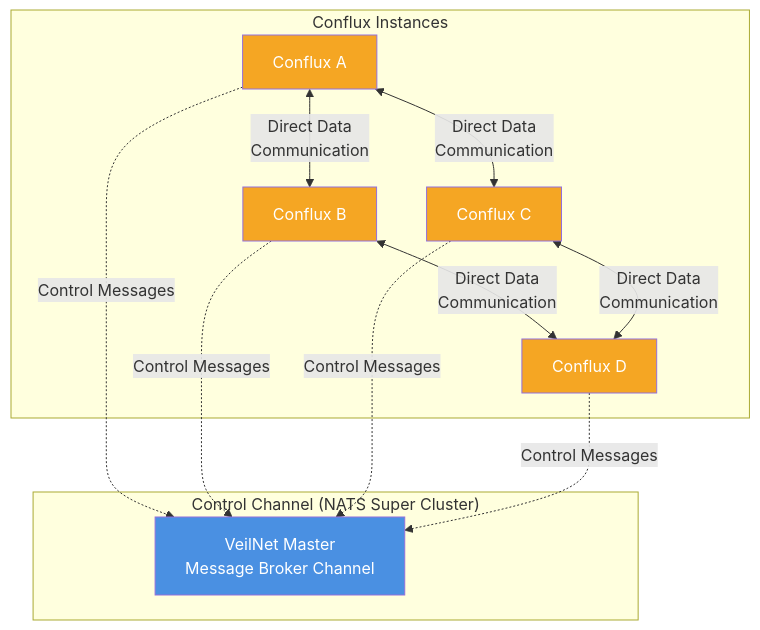
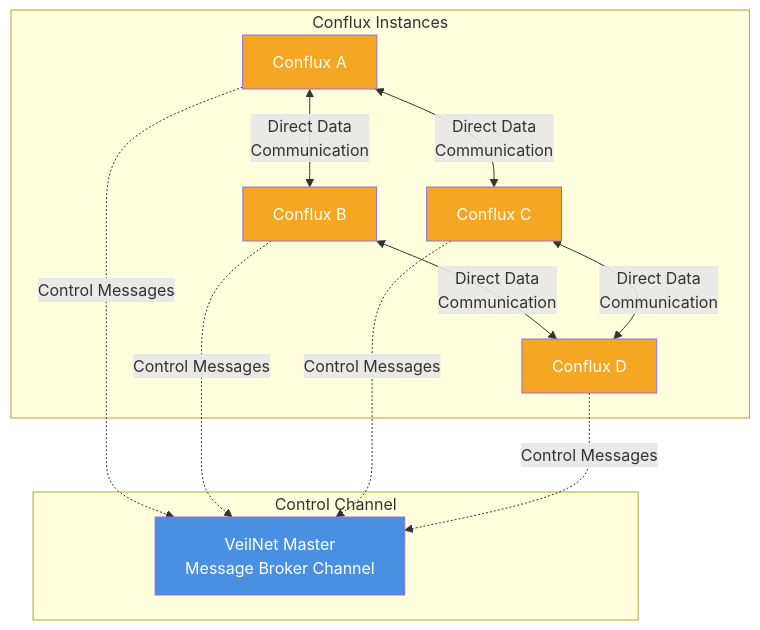
The first of 6 diagrams in README.md (wjs-529/conflux), drawn with Mermaid before and after one commit. The commit also changed other lines of this file, not shown here.

````diff
--- a/README.md
+++ b/README.md
@@ -45,29 +67,29 @@
 ```mermaid
 graph TB
-    subgraph "Control Channel (NATS Super Cluster)"
+    subgraph "Control Channel"
         Master[VeilNet Master<br/>Message Broker Channel]
     end
     
     subgraph "Conflux Instances"
         C1[Conflux A]
         C2[Conflux B]
         C3[Conflux C]
         C4[Conflux D]
     end
     
     C1 -.->|Control Messages| Master
     C2 -.->|Control Messages| Master
     C3 -.->|Control Messages| Master
     C4 -.->|Control Messages| Master
     
     C1 <-->|Direct Data<br/>Communication| C2
     C1 <-->|Direct Data<br/>Communication| C3
     C2 <-->|Direct Data<br/>Communication| C4
     C3 <-->|Direct Data<br/>Communication| C4
     
     style Master fill:#4a90e2,color:#fff
     style C1 fill:#f5a623,color:#fff
     style C2 fill:#f5a623,color:#fff
     style C3 fill:#f5a623,color:#fff
     style C4 fill:#f5a623,color:#fff
 ```
````
